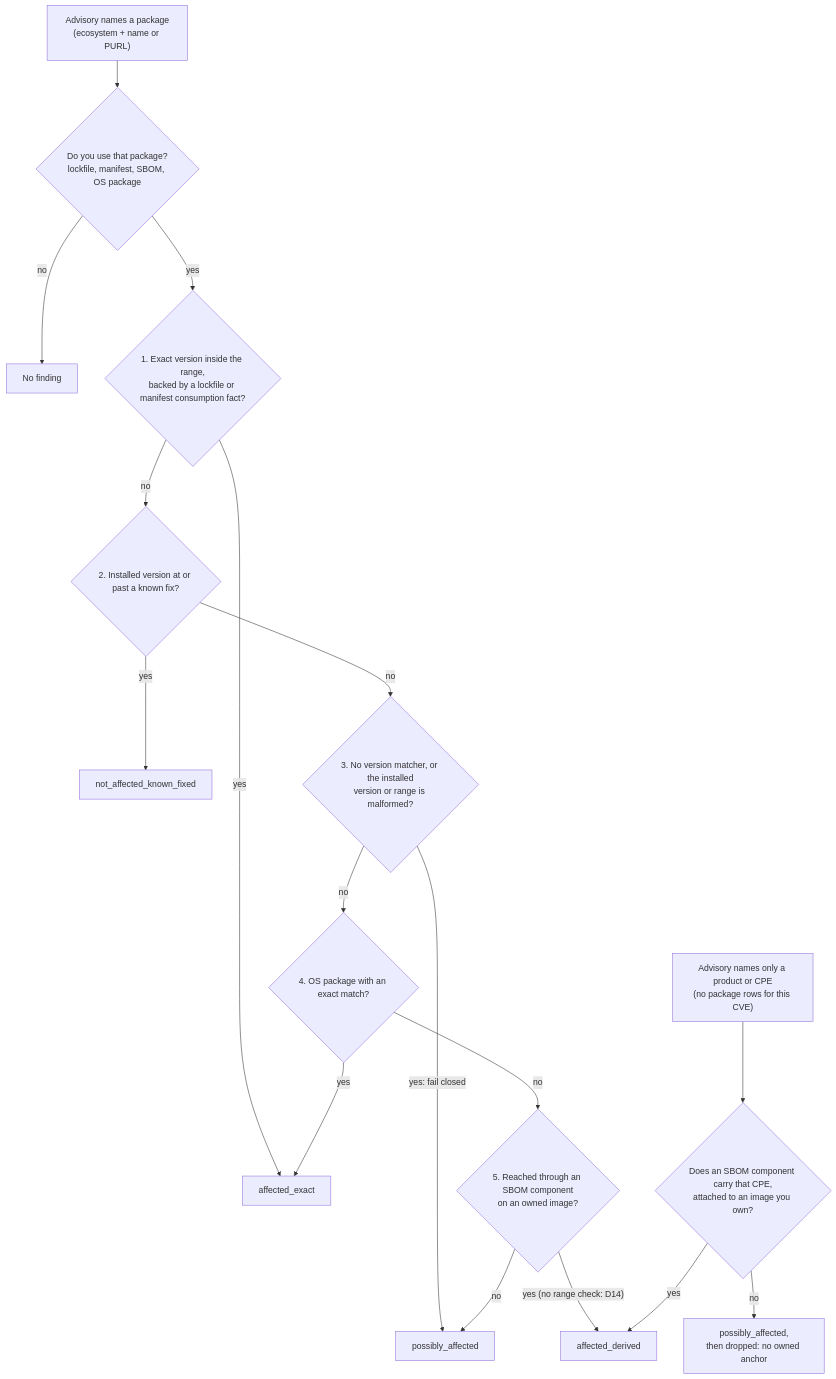
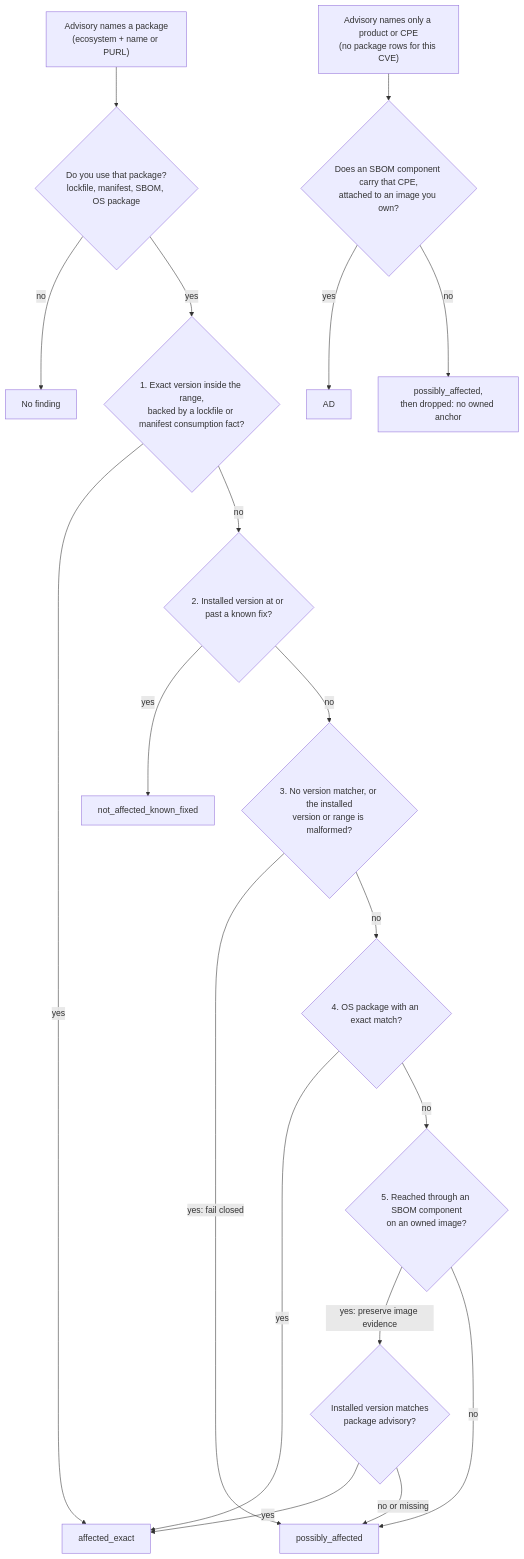
Before and after one commit to eshu-hq/eshu: the third of 3 diagrams in docs/internal/design/advisory-intelligence-correlation-flow.md, drawn with Mermaid. The commit also changed other lines of this file and 21 other files, not shown here.

Commit message:
Keep SBOM impact status bound to advisory version ranges

````diff
--- a/docs/internal/design/advisory-intelligence-correlation-flow.md
+++ b/docs/internal/design/advisory-intelligence-correlation-flow.md
@@ -128,19 +128,21 @@
 ```mermaid
 flowchart TD
   A["Advisory names a package<br/>(ecosystem + name or PURL)"] --> B{"Do you use that package?<br/>lockfile, manifest, SBOM, OS package"}
   B -- no --> X["No finding"]
   B -- yes --> S1{"1. Exact version inside the range,<br/>backed by a lockfile or manifest consumption fact?"}
   S1 -- yes --> AE["affected_exact"]
   S1 -- no --> S2{"2. Installed version at or past a known fix?"}
   S2 -- yes --> NF["not_affected_known_fixed"]
   S2 -- no --> S3{"3. No version matcher, or the installed<br/>version or range is malformed?"}
   S3 -- "yes: fail closed" --> P["possibly_affected"]
   S3 -- no --> S4{"4. OS package with an exact match?"}
   S4 -- yes --> AE
   S4 -- no --> S5{"5. Reached through an SBOM component<br/>on an owned image?"}
-  S5 -- "yes (no range check: D14)" --> AD["affected_derived"]
+  S5 -- "yes: preserve image evidence" --> V{"Installed version matches<br/>package advisory?"}
+  V -- yes --> AE
+  V -- "no or missing" --> P
   S5 -- no --> P
   A2["Advisory names only a product or CPE<br/>(no package rows for this CVE)"] --> F{"Does an SBOM component carry that CPE,<br/>attached to an image you own?"}
   F -- yes --> AD
   F -- no --> W["possibly_affected,<br/>then dropped: no owned anchor"]
 ```
````
